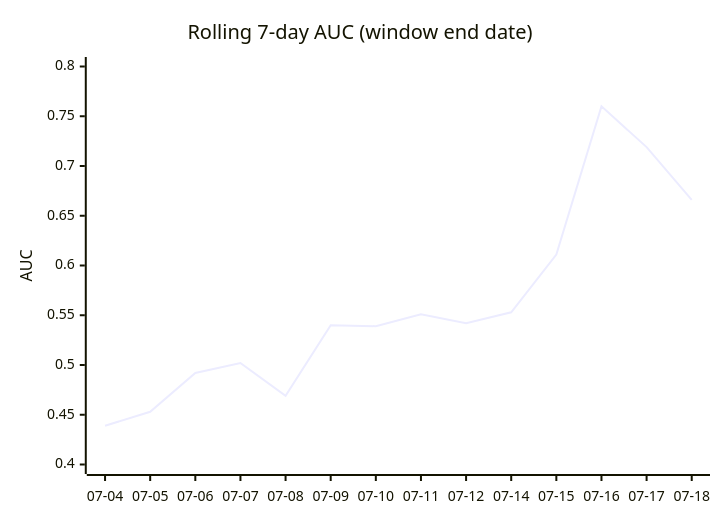
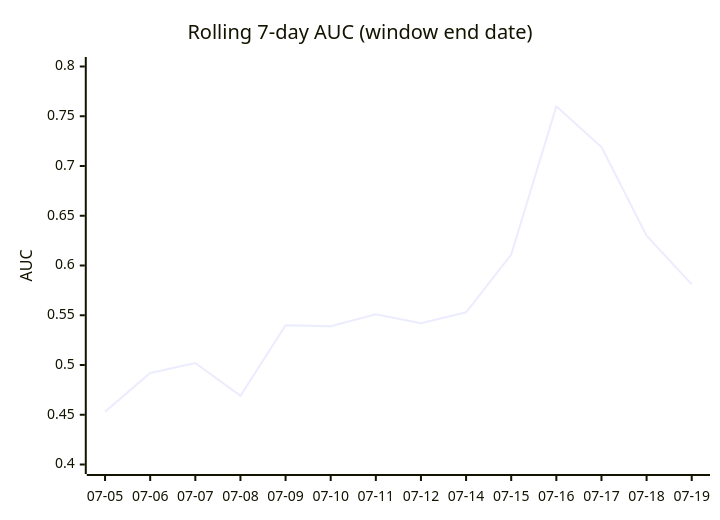
Before and after one commit to dpk1212/nhl-savant: the third of 4 diagrams in DAILY_AGSU_REPORT.md, drawn with Mermaid. The commit also changed other lines of this file, not shown here.

````diff
--- a/DAILY_AGSU_REPORT.md
+++ b/DAILY_AGSU_REPORT.md
@@ -554,7 +560,7 @@
 ```mermaid
 xychart-beta
     title "Rolling 7-day AUC (window end date)"
-    x-axis ["07-04", "07-05", "07-06", "07-07", "07-08", "07-09", "07-10", "07-11", "07-12", "07-14", "07-15", "07-16", "07-17", "07-18"]
+    x-axis ["07-05", "07-06", "07-07", "07-08", "07-09", "07-10", "07-11", "07-12", "07-14", "07-15", "07-16", "07-17", "07-18", "07-19"]
     y-axis "AUC" 0.4 --> 0.8
-    line [0.439, 0.453, 0.492, 0.502, 0.469, 0.54, 0.539, 0.551, 0.542, 0.553, 0.611, 0.76, 0.719, 0.666]
+    line [0.453, 0.492, 0.502, 0.469, 0.54, 0.539, 0.551, 0.542, 0.553, 0.611, 0.76, 0.719, 0.63, 0.581]
 ```
````
